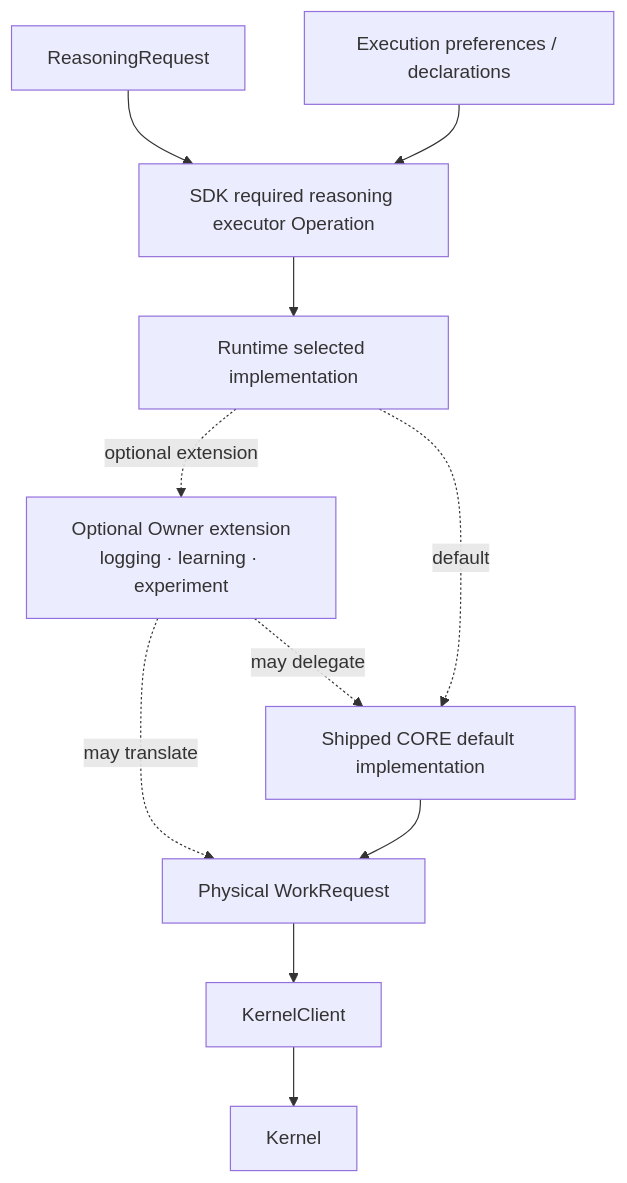
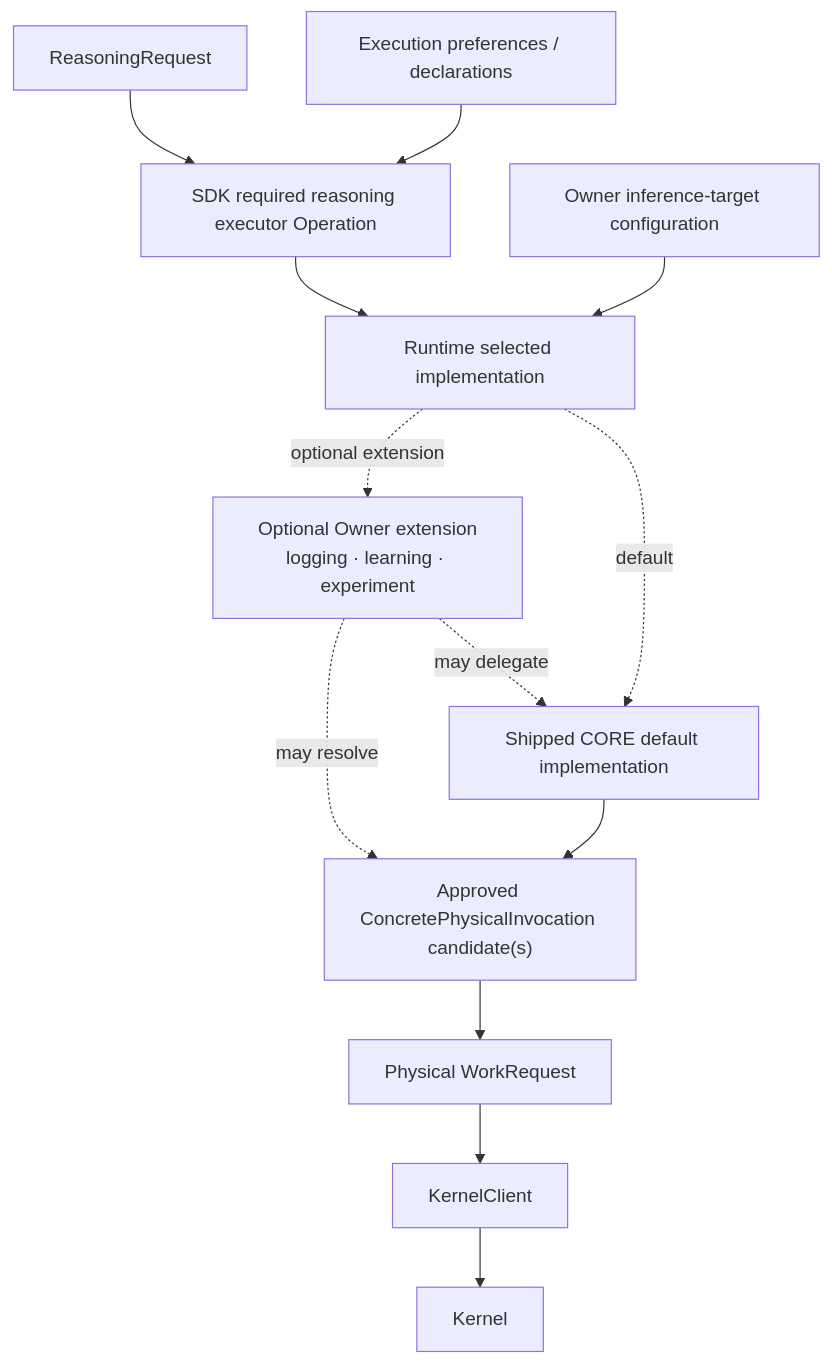
One commit to DidacLL/MADRE changed the ninth of 12 diagrams in docs/architecture/mid-level-architecture.md. Above: the diagram before and after it, drawn with Mermaid. The commit also changed other lines of this file and 40 other files, not shown here.

First line of the commit message:
kernel: replace inference ownership with concrete invocations

````diff
--- a/docs/architecture/mid-level-architecture.md
+++ b/docs/architecture/mid-level-architecture.md
@@ -380,23 +389,27 @@
 ```mermaid
 flowchart TB
     RR["ReasoningRequest"]
     EP["Execution preferences / declarations"]
     OP["SDK required reasoning executor Operation"]
     SEL["Runtime selected implementation"]
     EXT["Optional Owner extension<br/>logging · learning · experiment"]
     CORE["Shipped CORE default implementation"]
+    CFG["Owner inference-target configuration"]
+    C["Approved ConcretePhysicalInvocation candidate(s)"]
     W["Physical WorkRequest"]
     KC["KernelClient"]
     K["Kernel"]
 
     RR --> OP
     EP --> OP
     OP --> SEL
+    CFG --> SEL
     SEL -. optional extension .-> EXT
     EXT -. may delegate .-> CORE
     SEL -. default .-> CORE
-    EXT -. may translate .-> W
-    CORE --> W
+    EXT -. may resolve .-> C
+    CORE --> C
+    C --> W
     W --> KC
     KC --> K
 ```
````
